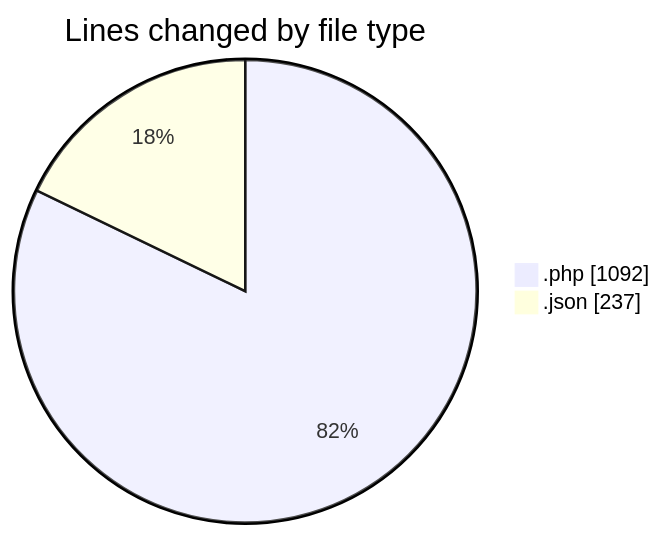
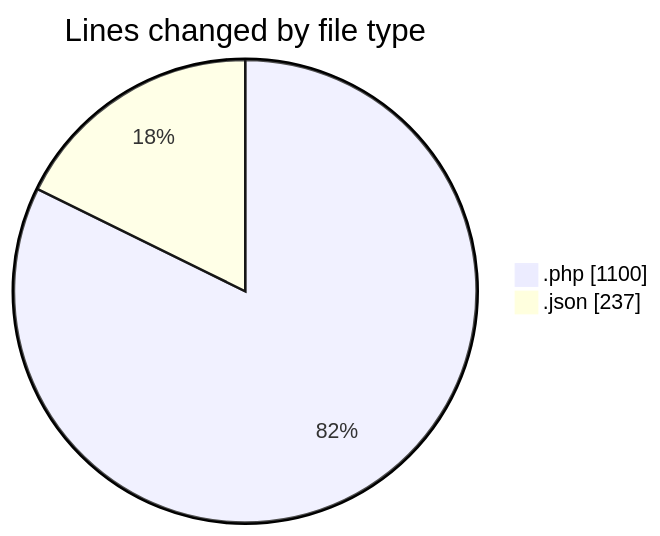
The first of 2 diagrams in 2025-05-25/bookingpodcas/README.md (idhammustaqopulfikri/code-tracking), drawn with Mermaid before and after one commit. The commit also changed other lines of this file and 1 other file, not shown here.

````diff
--- a/2025-05-25/bookingpodcas/README.md
+++ b/2025-05-25/bookingpodcas/README.md
@@ -34,6 +34,6 @@
 ```mermaid
 pie showData
 title Lines changed by file type
-".php" : 1092
+".php" : 1100
 ".json" : 237
 ```
````
